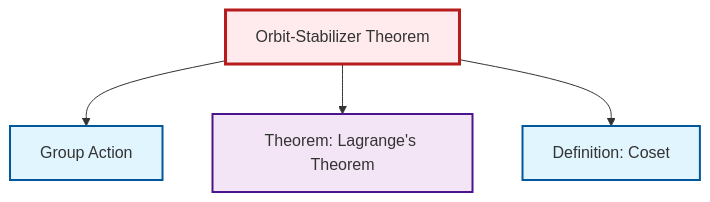
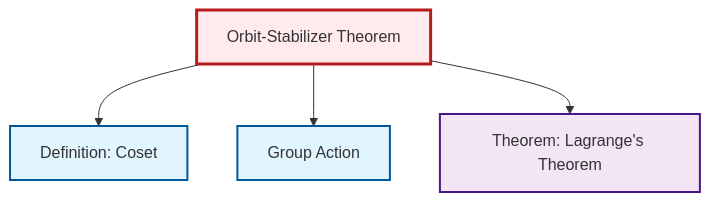
The diagram in content/ja/algebra/thm-orbit-stabilizer.qmd (RK0429/ModernMath), drawn with Mermaid before and after one commit. The commit also changed other lines of this file and 634 other files, not shown here.

````diff
--- a/content/ja/algebra/thm-orbit-stabilizer.qmd
+++ b/content/ja/algebra/thm-orbit-stabilizer.qmd
@@ -64,20 +64,20 @@
 ```{mermaid}
 %%| fig-cap: "Local dependency graph"
 graph TD
     classDef definition fill:#e1f5fe,stroke:#01579b,stroke-width:2px
     classDef theorem fill:#f3e5f5,stroke:#4a148c,stroke-width:2px
     classDef axiom fill:#fff3e0,stroke:#e65100,stroke-width:2px
     classDef example fill:#e8f5e9,stroke:#1b5e20,stroke-width:2px
     classDef current fill:#ffebee,stroke:#b71c1c,stroke-width:3px
-    thm-lagrange["Theorem: Lagrange's Theorem"]:::theorem
     def-coset["Definition: Coset"]:::definition
     thm-orbit-stabilizer["Orbit-Stabilizer Theorem"]:::theorem
     def-group-action["Group Action"]:::definition
+    thm-lagrange["Theorem: Lagrange's Theorem"]:::theorem
+    thm-orbit-stabilizer --> def-coset
     thm-orbit-stabilizer --> def-group-action
     thm-orbit-stabilizer --> thm-lagrange
-    thm-orbit-stabilizer --> def-coset
     class thm-orbit-stabilizer current
-    click thm-lagrange "thm-lagrange.html" "Theorem: Lagrange's Theoremへ"
     click def-coset "def-coset.html" "Definition: Cosetへ"
     click def-group-action "def-group-action.html" "Group Actionへ"
+    click thm-lagrange "thm-lagrange.html" "Theorem: Lagrange's Theoremへ"
 ```
````
